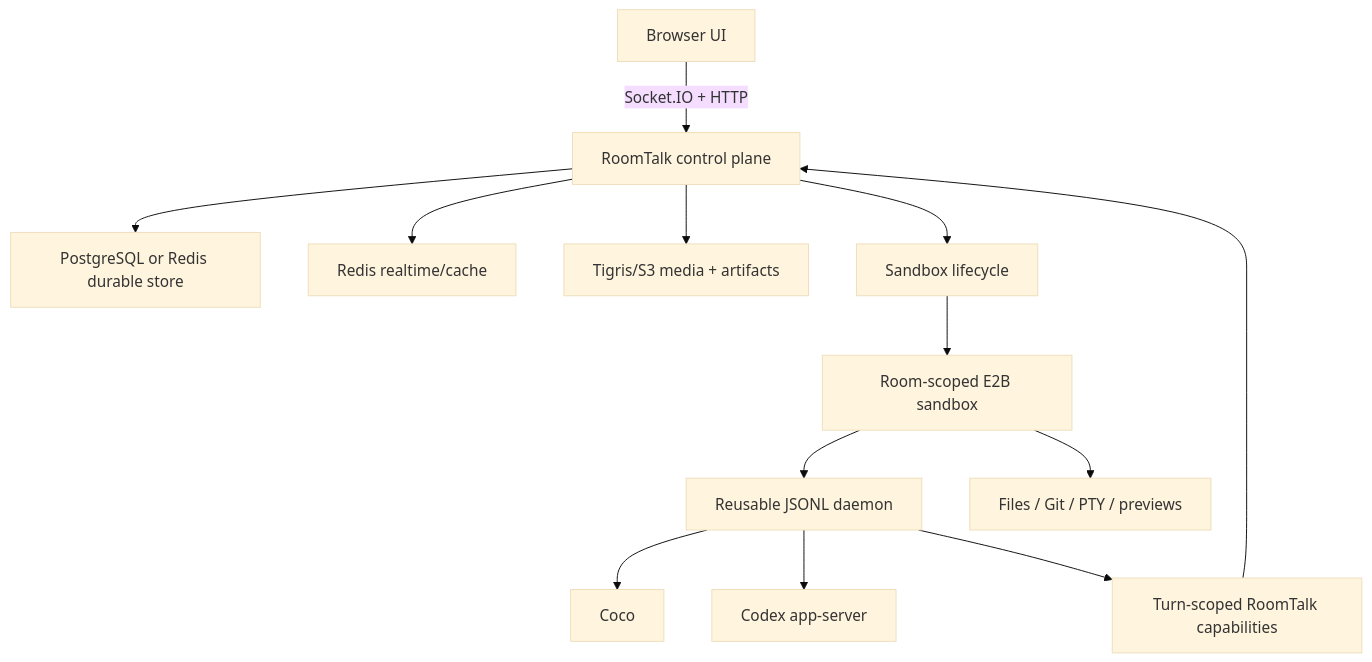
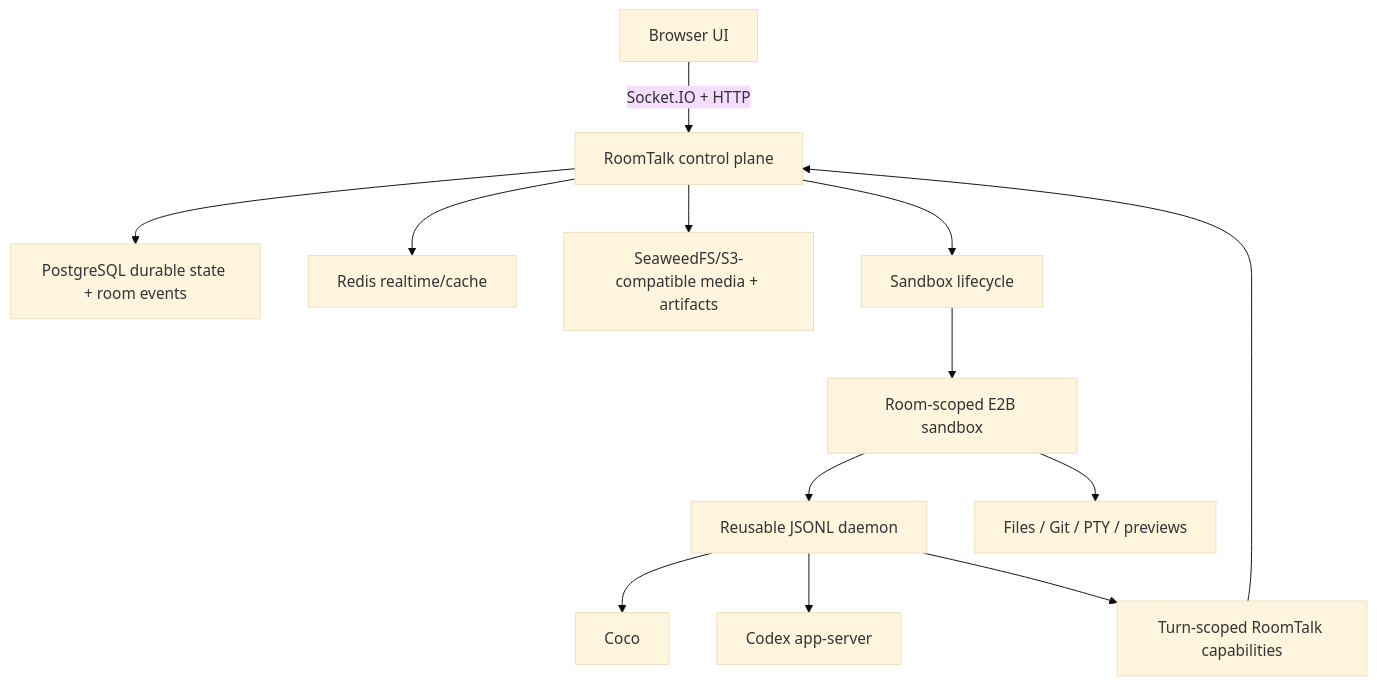
The diagram in docs/code-agent-runtime-architecture.zh.md (Skymore/roomtalk), drawn with Mermaid (base theme) before and after one commit. The commit also changed other lines of this file and 35 other files, not shown here.

Commit message:
docs: finalize self-hosted event architecture

````diff
--- a/docs/code-agent-runtime-architecture.zh.md
+++ b/docs/code-agent-runtime-architecture.zh.md
@@ -28,15 +28,15 @@
 ```mermaid
 flowchart TB
   UI["Browser UI"] -->|"Socket.IO + HTTP"| Node["RoomTalk control plane"]
-  Node --> Durable["PostgreSQL or Redis durable store"]
+  Node --> Durable["PostgreSQL durable state + room events"]
   Node --> Redis["Redis realtime/cache"]
-  Node --> Objects["Tigris/S3 media + artifacts"]
+  Node --> Objects["SeaweedFS/S3-compatible media + artifacts"]
   Node --> Lifecycle["Sandbox lifecycle"]
   Lifecycle --> E2B["Room-scoped E2B sandbox"]
   E2B --> Daemon["Reusable JSONL daemon"]
   Daemon --> Coco["Coco"]
   Daemon --> Codex["Codex app-server"]
   E2B --> Workspace["Files / Git / PTY / previews"]
   Daemon --> Broker["Turn-scoped RoomTalk capabilities"]
   Broker --> Node
 ```
````
